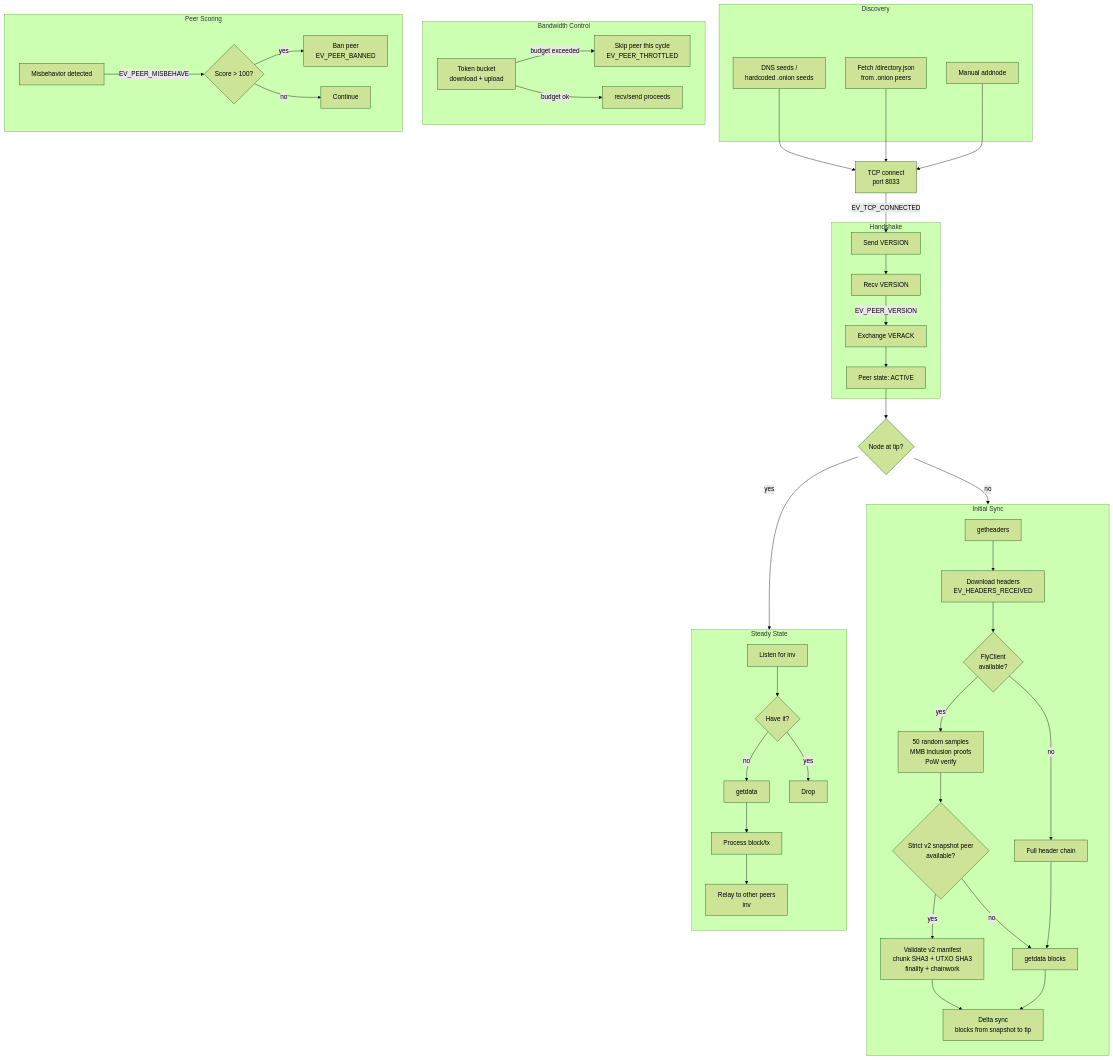
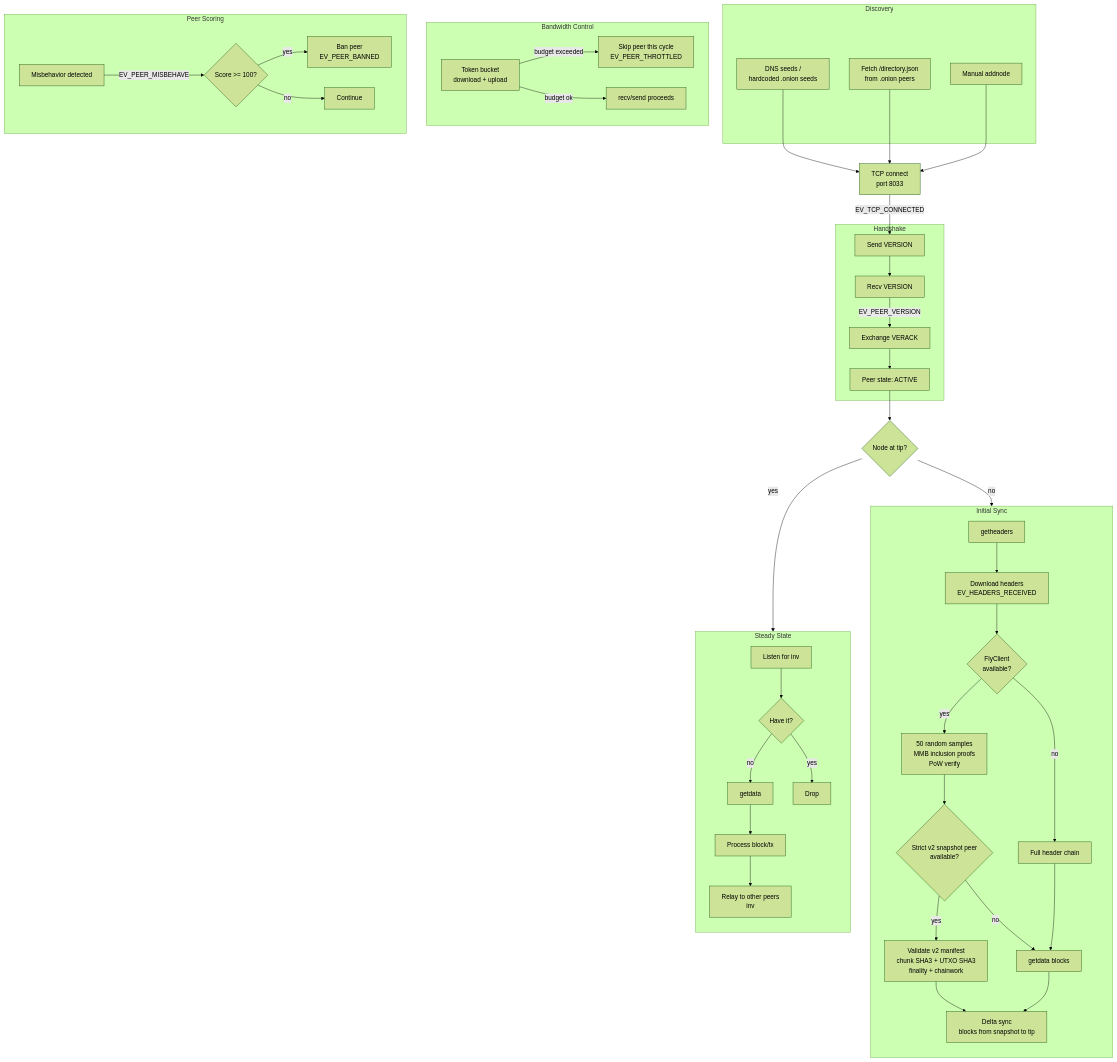
One commit to ZclassiC23/zclassic changed the second of 6 diagrams in docs/ARCHITECTURE_DIAGRAMS.md. Above: the diagram before and after it, drawn with Mermaid (forest theme). The commit also changed other lines of this file and 32 other files, not shown here.

````diff
--- a/docs/ARCHITECTURE_DIAGRAMS.md
+++ b/docs/ARCHITECTURE_DIAGRAMS.md
@@ -64,60 +64,60 @@
 ```mermaid
 flowchart TD
     subgraph Discovery
         SEEDS[DNS seeds /<br/>hardcoded .onion seeds]
         DIRECTORY[Fetch /directory.json<br/>from .onion peers]
         ADDNODE[Manual addnode]
     end
 
     SEEDS --> CONNECT
     DIRECTORY --> CONNECT
     ADDNODE --> CONNECT
 
     CONNECT[TCP connect<br/>port 8033] -->|EV_TCP_CONNECTED| HANDSHAKE
 
     subgraph Handshake
         HANDSHAKE[Send VERSION] --> VERSION_ACK[Recv VERSION]
         VERSION_ACK -->|EV_PEER_VERSION| VERACK[Exchange VERACK]
         VERACK --> ACTIVE[Peer state: ACTIVE]
     end
 
     ACTIVE --> SYNC_CHECK{Node at tip?}
 
     SYNC_CHECK -->|no| SYNC
     SYNC_CHECK -->|yes| RELAY
 
     subgraph Sync["Initial Sync"]
         direction TB
         SYNC[getheaders] --> HEADERS[Download headers<br/>EV_HEADERS_RECEIVED]
         HEADERS --> FLYCLIENT{FlyClient<br/>available?}
         FLYCLIENT -->|yes| FC_VERIFY[50 random samples<br/>MMB inclusion proofs<br/>PoW verify]
         FLYCLIENT -->|no| FULL_HEADERS[Full header chain]
         FC_VERIFY --> SNAPSHOT{Strict v2 snapshot peer<br/>available?}
         FULL_HEADERS --> GETBLOCKS
         SNAPSHOT -->|yes| SNAP_RECV[Validate v2 manifest<br/>chunk SHA3 + UTXO SHA3<br/>finality + chainwork]
         SNAPSHOT -->|no| GETBLOCKS
         SNAP_RECV --> DELTA[Delta sync<br/>blocks from snapshot to tip]
         GETBLOCKS[getdata blocks] --> DELTA
     end
 
     subgraph Relay["Steady State"]
         direction TB
         RELAY[Listen for inv] --> INV_CHECK{Have it?}
         INV_CHECK -->|no| GETDATA[getdata]
         INV_CHECK -->|yes| DROP[Drop]
         GETDATA --> PROCESS[Process block/tx]
         PROCESS --> ANNOUNCE[Relay to other peers<br/>inv]
     end
 
     subgraph Bandwidth["Bandwidth Control"]
         BUCKET[Token bucket<br/>download + upload]
         BUCKET -->|budget exceeded| THROTTLE[Skip peer this cycle<br/>EV_PEER_THROTTLED]
         BUCKET -->|budget ok| ALLOW[recv/send proceeds]
     end
 
     subgraph Scoring["Peer Scoring"]
-        MISBEHAVE[Misbehavior detected] -->|EV_PEER_MISBEHAVE| SCORE{Score > 100?}
+        MISBEHAVE[Misbehavior detected] -->|EV_PEER_MISBEHAVE| SCORE{Score >= 100?}
         SCORE -->|yes| BAN[Ban peer<br/>EV_PEER_BANNED]
         SCORE -->|no| CONTINUE[Continue]
     end
 ```
````
